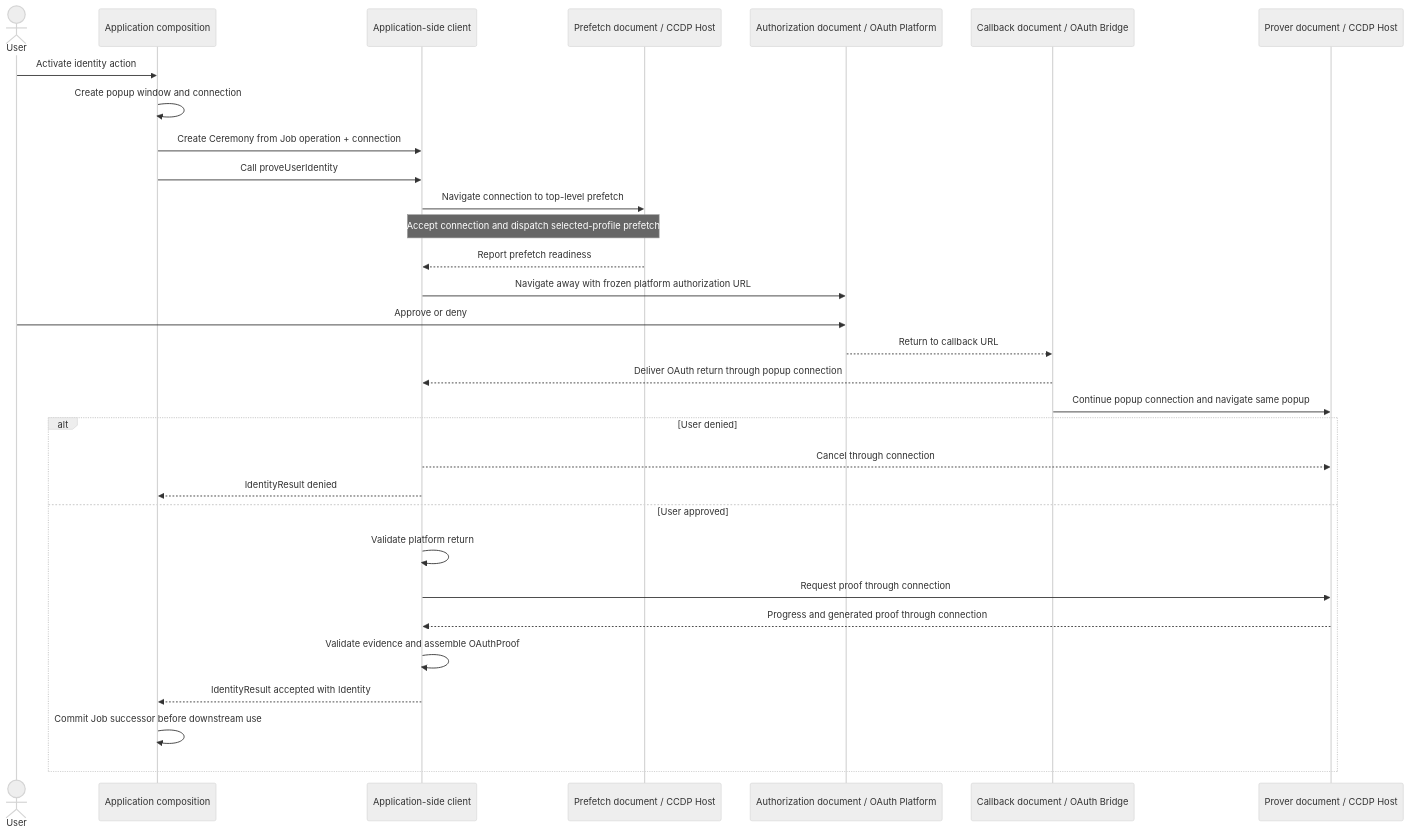
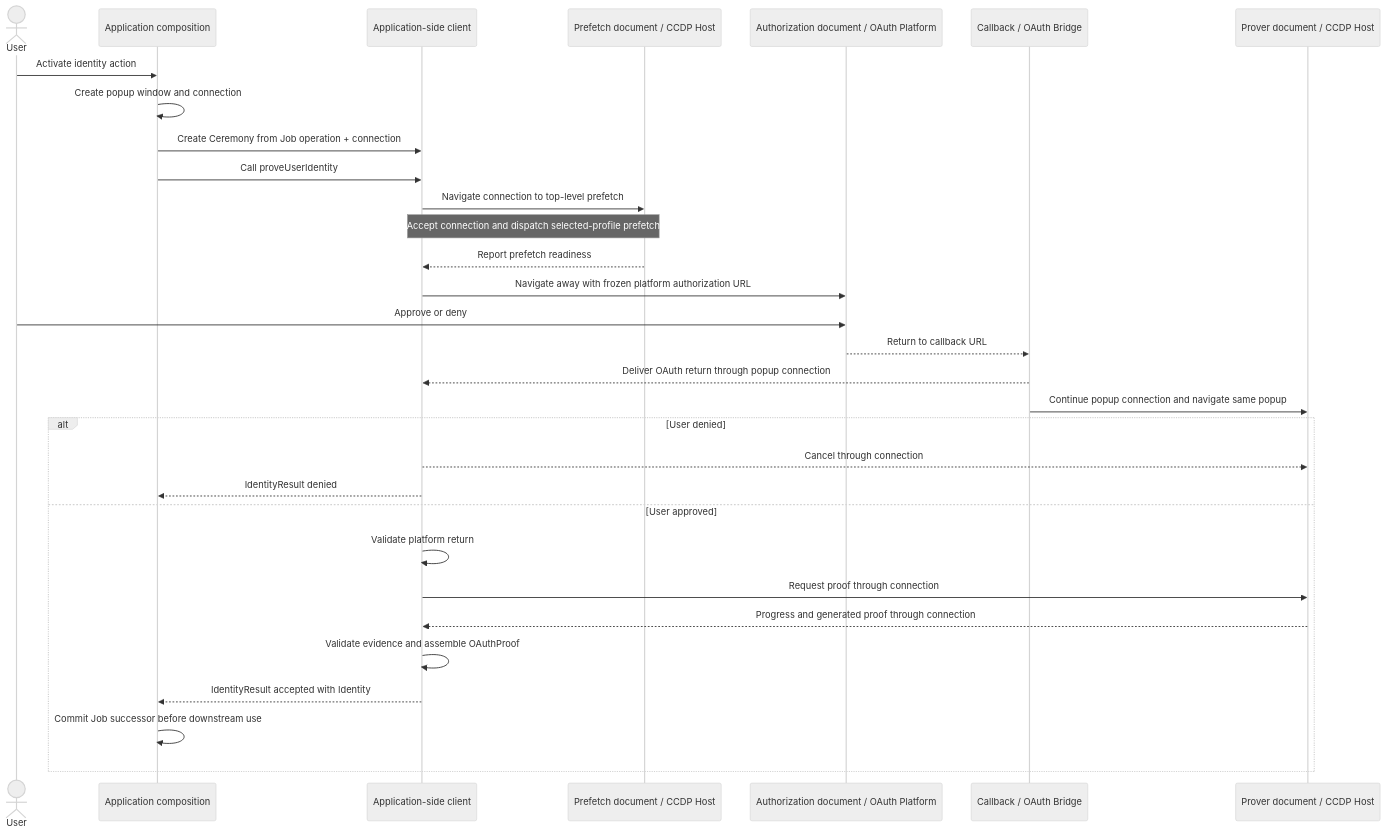
Before and after one commit to libid-org/libid: the diagram in ts/packages/ceremony/ARCHITECTURE.md, drawn with Mermaid (neutral theme). The commit also changed 4 other files, not shown here.

Commit message:
docs(ccdp): leave callback shell to bridge

````diff
--- a/ts/packages/ceremony/ARCHITECTURE.md
+++ b/ts/packages/ceremony/ARCHITECTURE.md
@@ -43,34 +43,34 @@
 ```mermaid
 sequenceDiagram
     actor U as User
     participant A as Application composition
     participant C as Application-side client
     participant F as Prefetch document / CCDP Host
     participant O as Authorization document / OAuth Platform
-    participant P as Callback document / OAuth Bridge
+    participant P as Callback / OAuth Bridge
     participant R as Prover document / CCDP Host
 
     U->>A: Activate identity action
     A->>A: Create popup window and connection
     A->>C: Create Ceremony from Job operation + connection
     A->>C: Call proveUserIdentity
     C->>F: Navigate connection to top-level prefetch
     Note over C,F: Accept connection and dispatch selected-profile prefetch
     F-->>C: Report prefetch readiness
     C->>O: Navigate away with frozen platform authorization URL
     U->>O: Approve or deny
     O-->>P: Return to callback URL
     P-->>C: Deliver OAuth return through popup connection
     P->>R: Continue popup connection and navigate same popup
     alt User denied
         C-->>R: Cancel through connection
         C-->>A: IdentityResult denied
     else User approved
         C->>C: Validate platform return
         C->>R: Request proof through connection
         R-->>C: Progress and generated proof through connection
         C->>C: Validate evidence and assemble OAuthProof
         C-->>A: IdentityResult accepted with Identity
         A->>A: Commit Job successor before downstream use
     end
 ```
````
